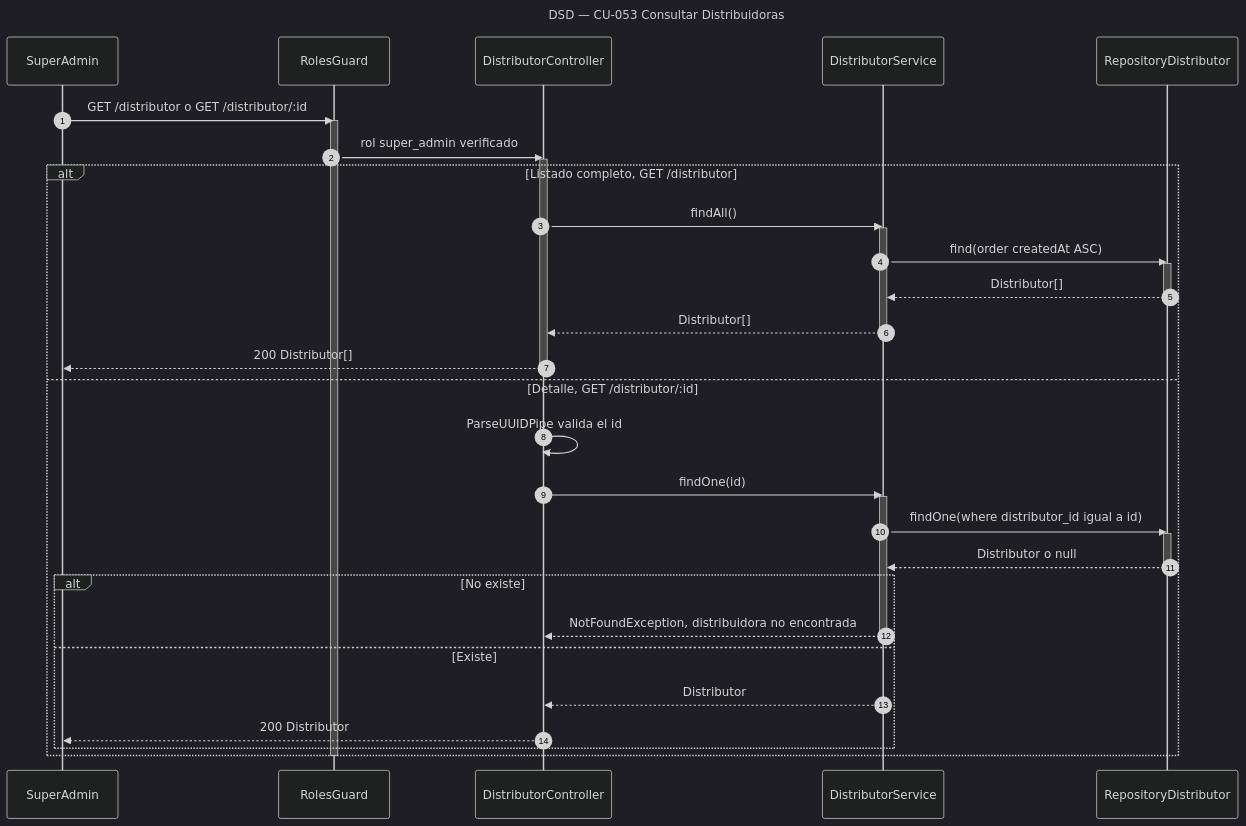
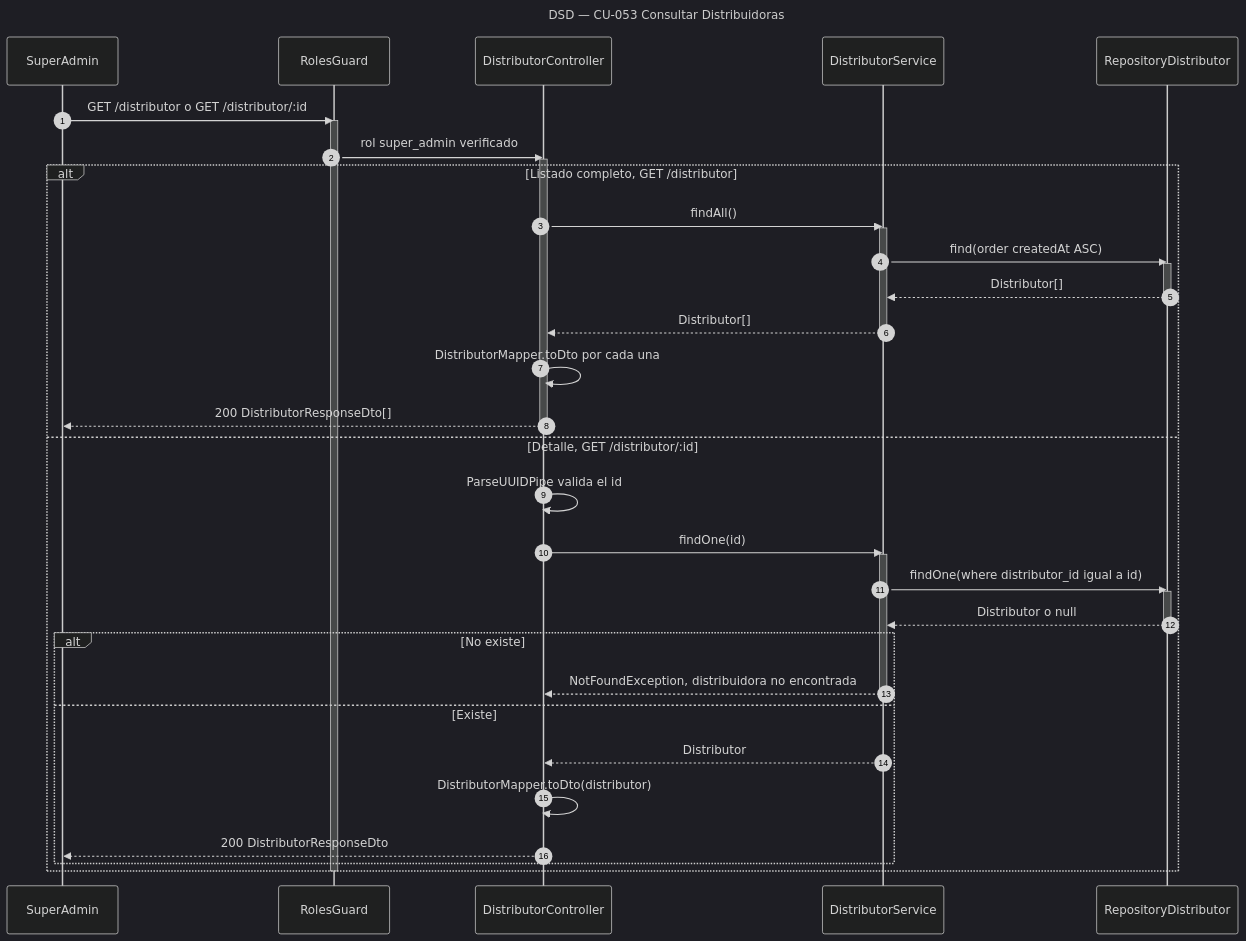
One commit to Nahuelito-Dev/splg-docs changed the diagram in diagramas/DSD_CU-053_Consultar-Distribuidoras.mmd. Above: the diagram before and after it, drawn with Mermaid (dark theme). The commit also changed 4 other files, not shown here.

Commit message:
docs(dsd): distribuidoras con DistributorResponseDto

```diff
--- a/diagramas/DSD_CU-053_Consultar-Distribuidoras.mmd
+++ b/diagramas/DSD_CU-053_Consultar-Distribuidoras.mmd
@@ -1,41 +1,43 @@
 sequenceDiagram
     title DSD — CU-053 Consultar Distribuidoras
     autonumber
     participant SA as SuperAdmin
     participant GRD as RolesGuard
     participant CTRL as DistributorController
     participant SRV as DistributorService
     participant REPO as RepositoryDistributor
 
     SA->>GRD: GET /distributor o GET /distributor/:id
     activate GRD
     GRD->>CTRL: rol super_admin verificado
     activate CTRL
     alt Listado completo, GET /distributor
         CTRL->>SRV: findAll()
         activate SRV
         SRV->>REPO: find(order createdAt ASC)
         activate REPO
         REPO-->>SRV: Distributor[]
         deactivate REPO
         SRV-->>CTRL: Distributor[]
         deactivate SRV
-        CTRL-->>SA: 200 Distributor[]
+        CTRL->>CTRL: DistributorMapper.toDto por cada una
+        CTRL-->>SA: 200 DistributorResponseDto[]
         deactivate CTRL
     else Detalle, GET /distributor/:id
         CTRL->>CTRL: ParseUUIDPipe valida el id
         CTRL->>SRV: findOne(id)
         activate SRV
         SRV->>REPO: findOne(where distributor_id igual a id)
         activate REPO
         REPO-->>SRV: Distributor o null
         deactivate REPO
         alt No existe
             SRV-->>CTRL: NotFoundException, distribuidora no encontrada
             deactivate SRV
         else Existe
             SRV-->>CTRL: Distributor
-            CTRL-->>SA: 200 Distributor
+            CTRL->>CTRL: DistributorMapper.toDto(distributor)
+            CTRL-->>SA: 200 DistributorResponseDto
         end
     end
     deactivate GRD
```
